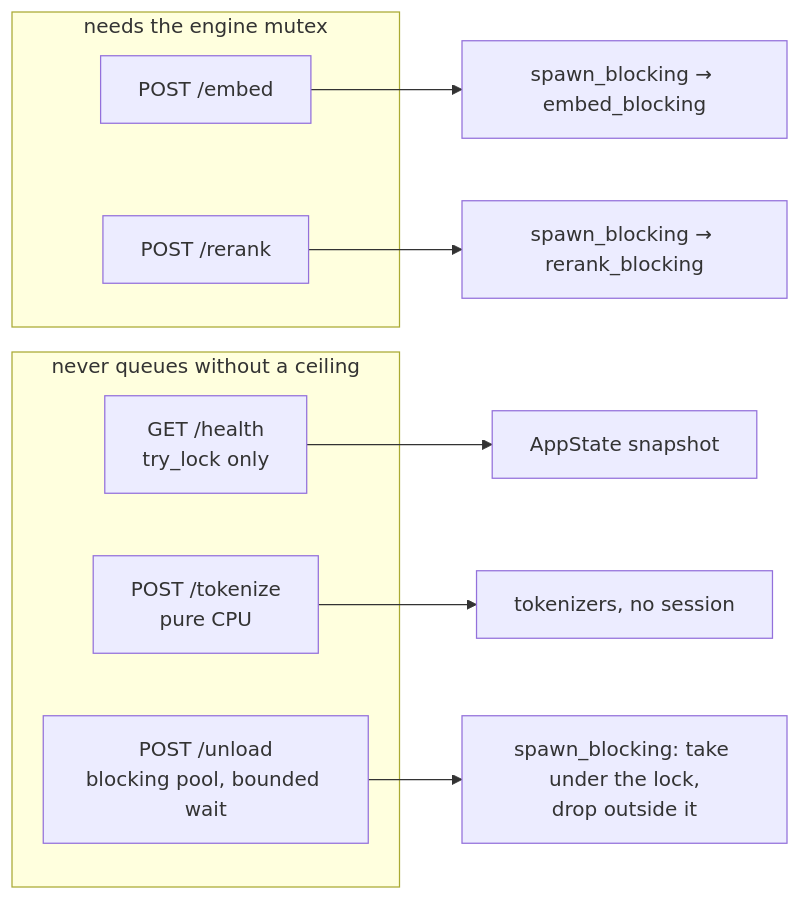
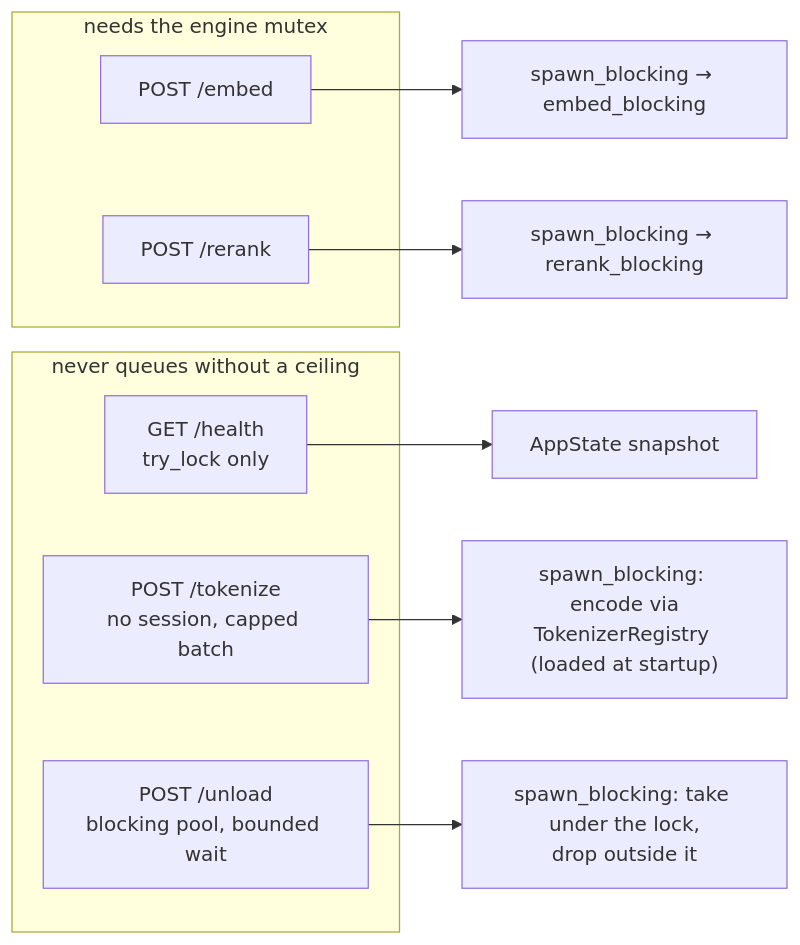
The diagram in research/module_http_surface.md (oleksandrdubyna88/dew_flow_sidecar_rust), drawn with Mermaid before and after one commit. The commit also changed other lines of this file and 5 other files, not shown here.

````diff
--- a/research/module_http_surface.md
+++ b/research/module_http_surface.md
@@ -12,17 +12,17 @@
 ```mermaid
 flowchart LR
     subgraph gpu["needs the engine mutex"]
         EMBED["POST /embed"]
         RERANK["POST /rerank"]
     end
     subgraph free["never queues without a ceiling"]
         HEALTH["GET /health<br/>try_lock only"]
-        TOKENIZE["POST /tokenize<br/>pure CPU"]
+        TOKENIZE["POST /tokenize<br/>no session, capped batch"]
         UNLOAD["POST /unload<br/>blocking pool, bounded wait"]
     end
     EMBED --> BLOCKING["spawn_blocking → embed_blocking"]
     RERANK --> BLOCKING2["spawn_blocking → rerank_blocking"]
     HEALTH --> STATE["AppState snapshot"]
-    TOKENIZE --> TOK["tokenizers, no session"]
+    TOKENIZE --> TOK["spawn_blocking: encode via<br/>TokenizerRegistry (loaded at startup)"]
     UNLOAD --> DROP["spawn_blocking: take under the lock,<br/>drop outside it"]
 ```
````
